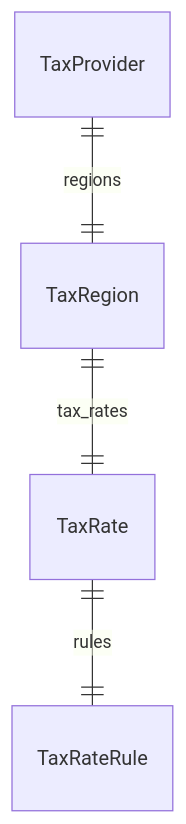
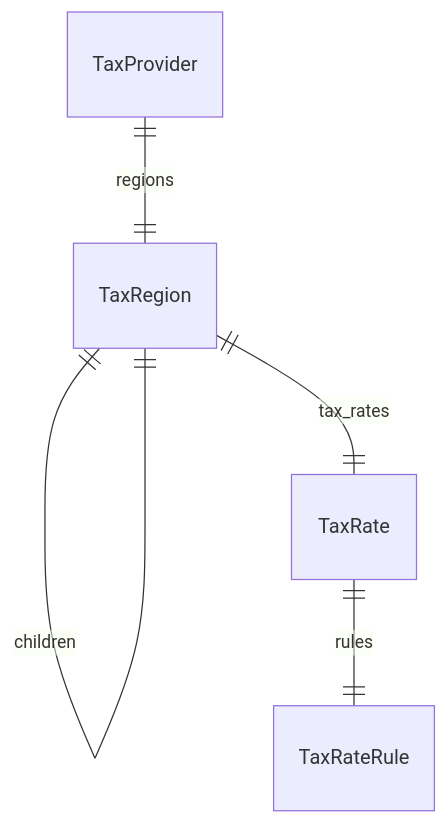
The diagram in www/apps/resources/references/modules/tax_models/page.mdx (Astro-Discs-TX/medusa), drawn with Mermaid before and after one commit. The commit also changed 1209 other files, not shown here.

````diff
--- a/www/apps/resources/references/modules/tax_models/page.mdx
+++ b/www/apps/resources/references/modules/tax_models/page.mdx
@@ -14,7 +14,8 @@
 ```mermaid
 erDiagram
 	TaxRate ||--|| TaxRateRule : rules
+	TaxRegion ||--|| TaxRegion : children
 	TaxRegion ||--|| TaxRate : tax_rates
 	TaxProvider ||--|| TaxRegion : regions
 
 ```
````
